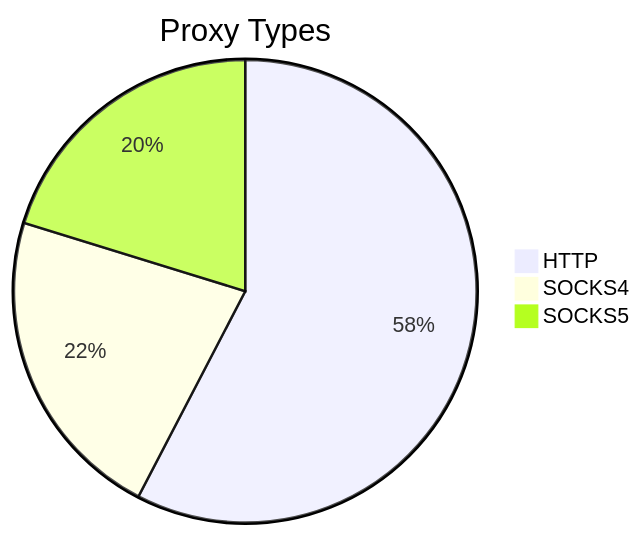
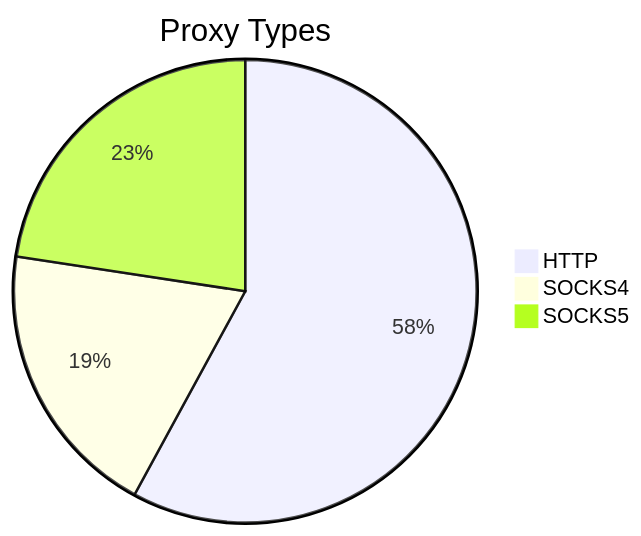
The first of 2 diagrams in README.md (stormsia/proxy-list), drawn with Mermaid before and after one commit. The commit also changed other lines of this file, not shown here.

````diff
--- a/README.md
+++ b/README.md
@@ -21,6 +21,6 @@
 ```mermaid
 pie title Proxy Types
-    "HTTP" : 302
-    "SOCKS4" : 116
-    "SOCKS5" : 106
+    "HTTP" : 241
+    "SOCKS4" : 81
+    "SOCKS5" : 94
 ```
````
